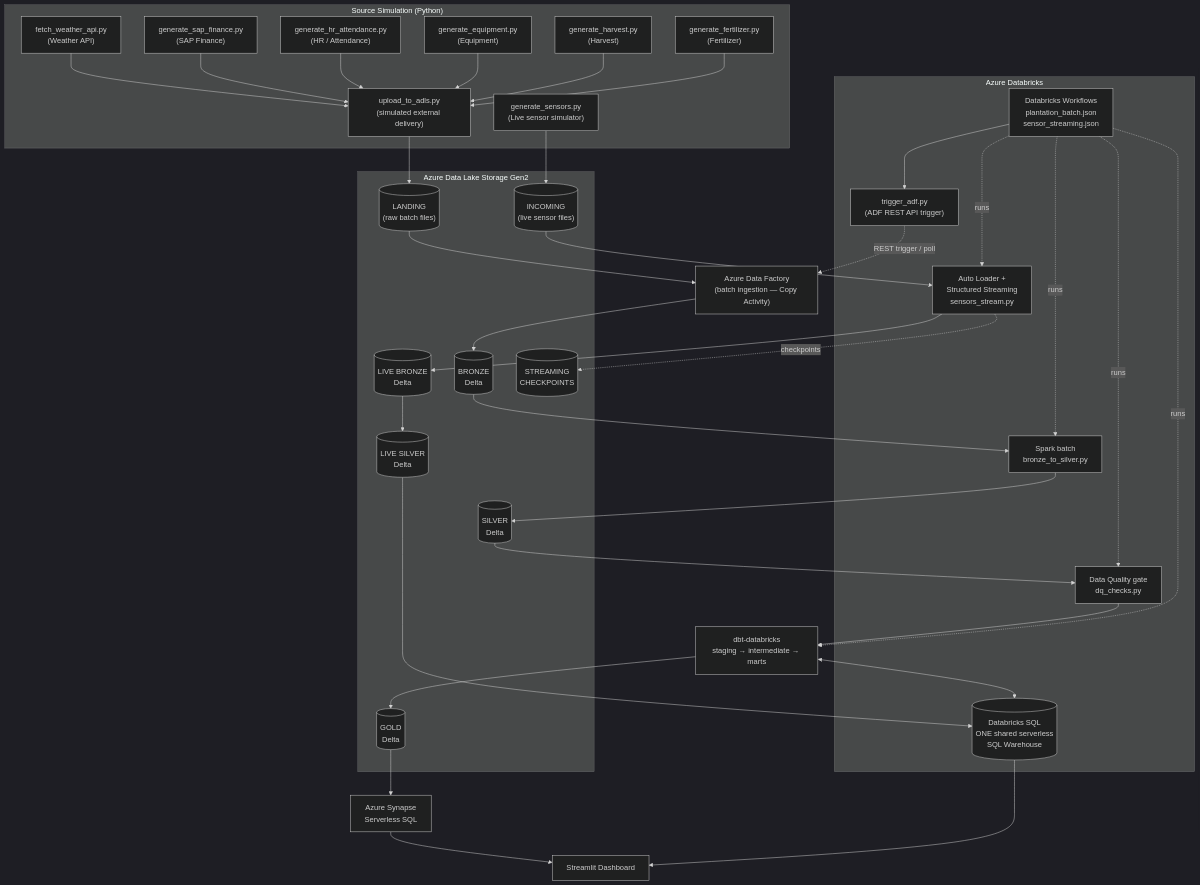
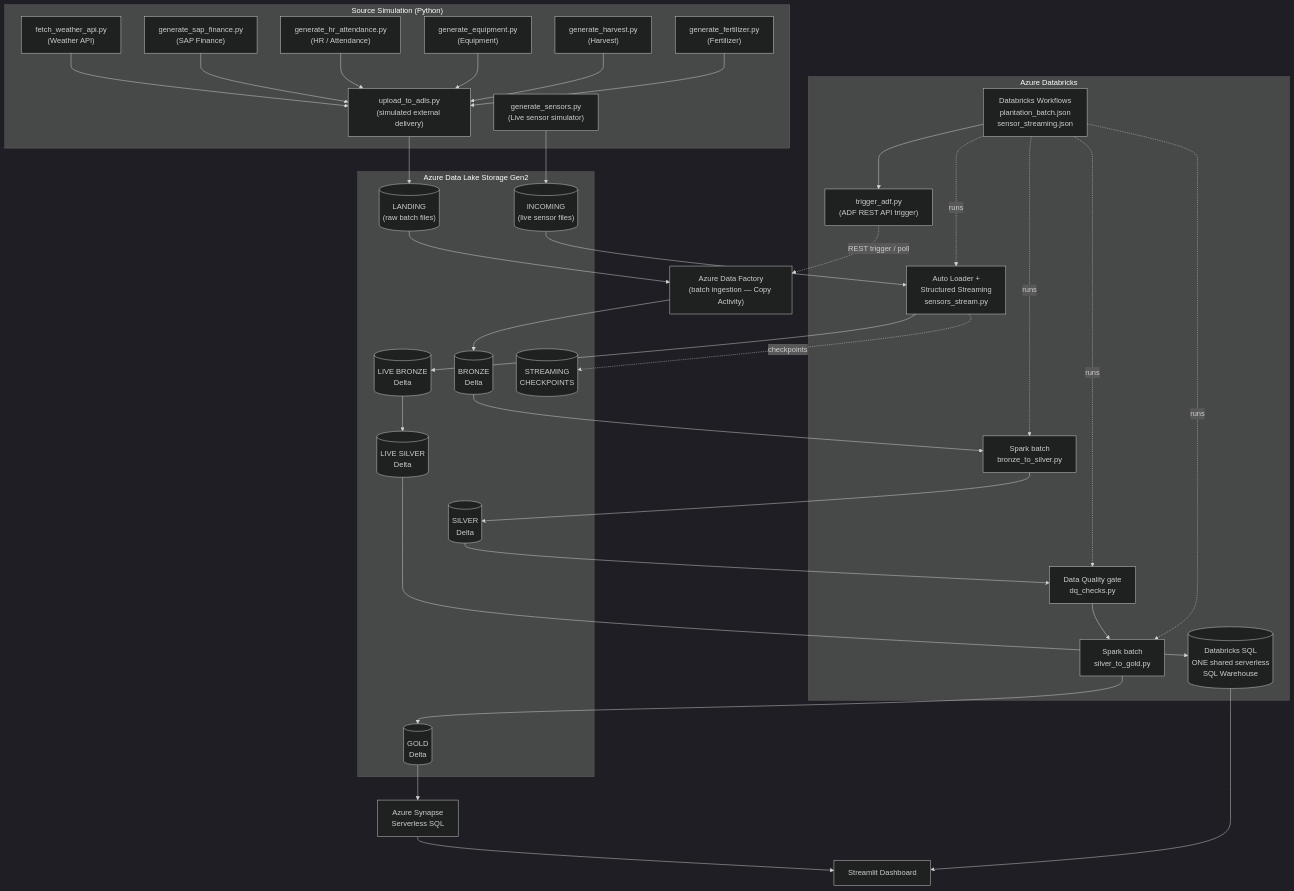
The diagram in ARCHITECTURE.md (KHakim96/plantation-simulator-etl-elt), drawn with Mermaid (dark theme) before and after one commit. The commit also changed other lines of this file and 6 other files, not shown here.

Commit message:
Replace dbt with Spark Silver to Gold

````diff
--- a/ARCHITECTURE.md
+++ b/ARCHITECTURE.md
@@ -43,70 +42,69 @@
 ```mermaid
 flowchart TD
     subgraph SIM["Source Simulation (Python)"]
         GEN1["fetch_weather_api.py<br/>(Weather API)"]
         GEN2["generate_sap_finance.py<br/>(SAP Finance)"]
         GEN3["generate_hr_attendance.py<br/>(HR / Attendance)"]
         GEN4["generate_equipment.py<br/>(Equipment)"]
         GEN5["generate_harvest.py<br/>(Harvest)"]
         GEN6["generate_fertilizer.py<br/>(Fertilizer)"]
         SENS["generate_sensors.py<br/>(Live sensor simulator)"]
         UPL["upload_to_adls.py<br/>(simulated external delivery)"]
     end
 
     subgraph ADLS["Azure Data Lake Storage Gen2"]
         LND[("LANDING<br/>(raw batch files)")]
         INC[("INCOMING<br/>(live sensor files)")]
         BRZ[("BRONZE<br/>Delta")]
         SLV[("SILVER<br/>Delta")]
         GLD[("GOLD<br/>Delta")]
         LBRZ[("LIVE BRONZE<br/>Delta")]
         LSLV[("LIVE SILVER<br/>Delta")]
         CPK[("STREAMING<br/>CHECKPOINTS")]
     end
 
     ADF["Azure Data Factory<br/>(batch ingestion — Copy Activity)"]
 
     subgraph DBX["Azure Databricks"]
         SPARK["Spark batch<br/>bronze_to_silver.py"]
+        SPARK_GOLD["Spark batch<br/>silver_to_gold.py"]
         DQ["Data Quality gate<br/>dq_checks.py"]
         AL["Auto Loader +<br/>Structured Streaming<br/>sensors_stream.py"]
         WF["Databricks Workflows<br/>plantation_batch.json<br/>sensor_streaming.json"]
         ORCH["trigger_adf.py<br/>(ADF REST API trigger)"]
         DBSQL[("Databricks SQL<br/>ONE shared serverless<br/>SQL Warehouse")]
     end
 
-    DBT["dbt-databricks<br/>staging → intermediate → marts"]
     SYN["Azure Synapse<br/>Serverless SQL"]
     DASH["Streamlit Dashboard"]
 
     %% Batch flow
     GEN1 & GEN2 & GEN3 & GEN4 & GEN5 & GEN6 --> UPL
     UPL --> LND
     LND --> ADF
     ADF --> BRZ
     BRZ --> SPARK
     SPARK --> SLV
     SLV --> DQ
-    DQ --> DBT
-    DBT <--> DBSQL
-    DBT --> GLD
+    DQ --> SPARK_GOLD
+    SPARK_GOLD --> GLD
     GLD --> SYN
     SYN --> DASH
 
     %% Streaming flow
     SENS --> INC
     INC --> AL
     AL --> LBRZ
     LBRZ --> LSLV
     AL -.checkpoints.-> CPK
     LSLV --> DBSQL
     DBSQL --> DASH
 
     %% Orchestration
     WF --> ORCH
     ORCH -.REST trigger / poll.-> ADF
     WF -.runs.-> SPARK
     WF -.runs.-> DQ
-    WF -.runs.-> DBT
+    WF -.runs.-> SPARK_GOLD
     WF -.runs.-> AL
 ```
````
